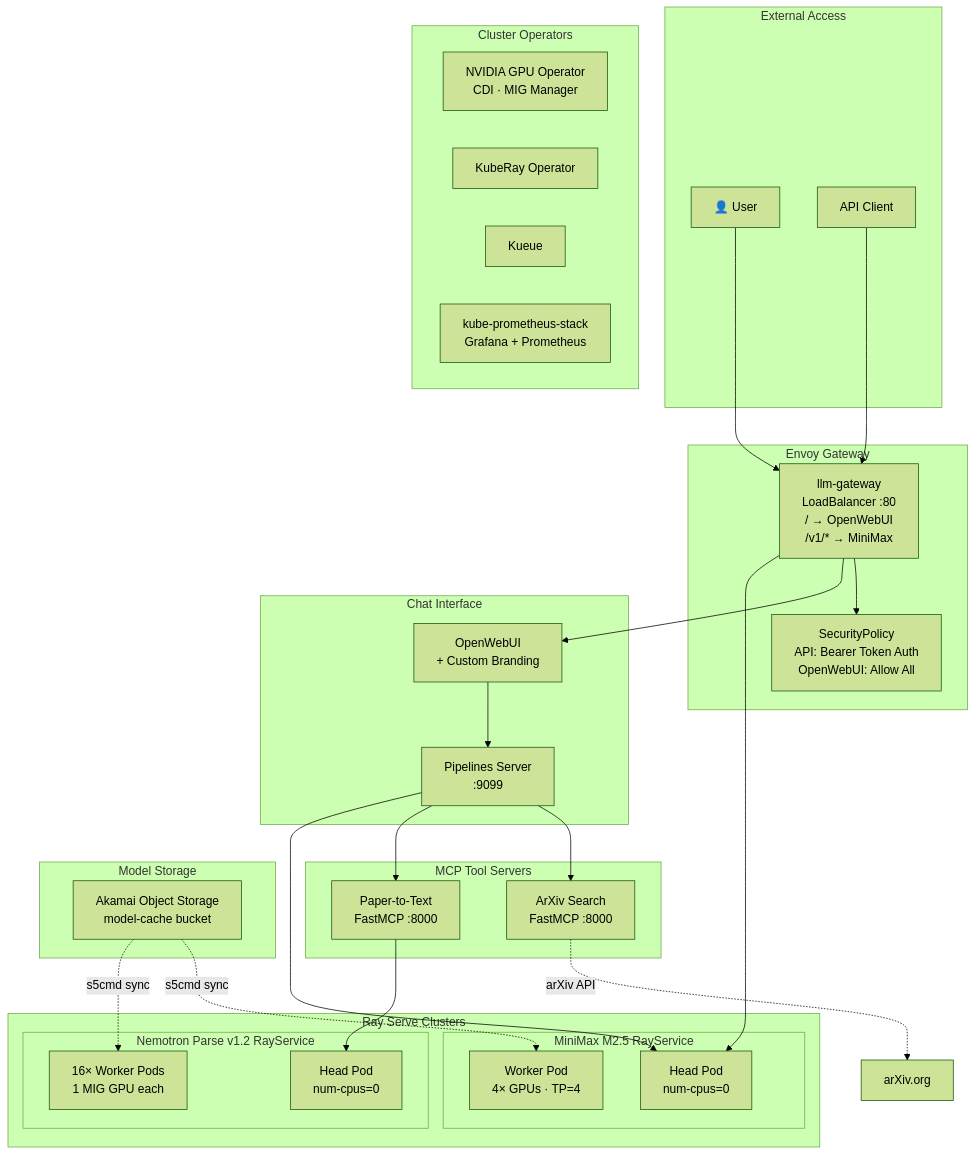
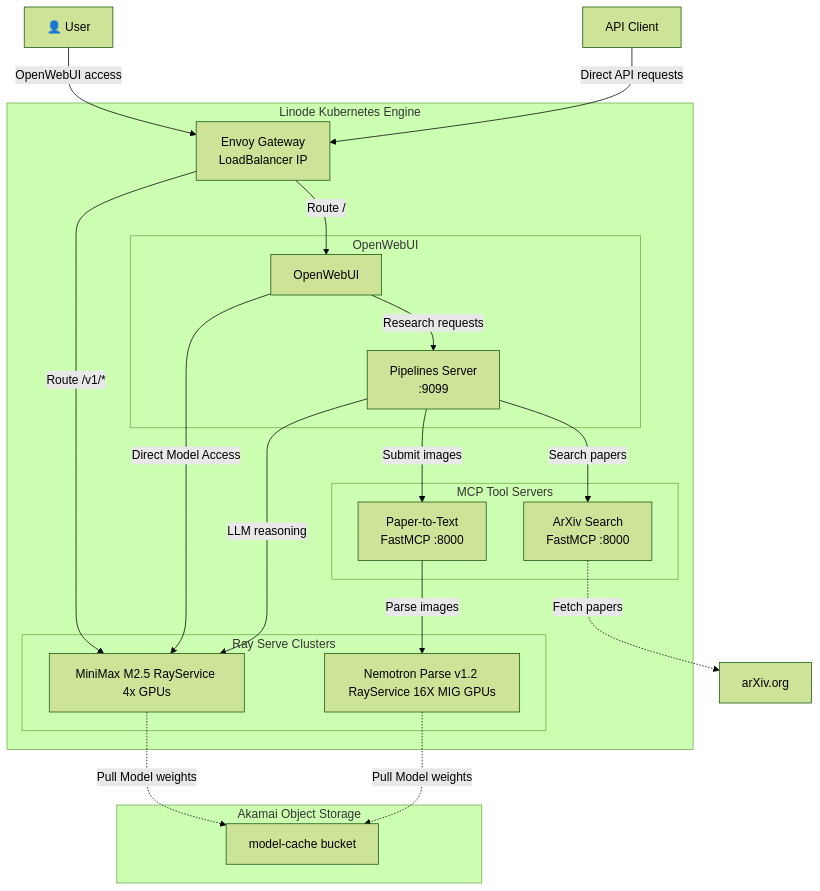
Before and after one commit to akamai-developers/multimodal-kuberay: the first of 3 diagrams in README.md, drawn with Mermaid (forest theme). The commit also changed other lines of this file, not shown here.

Commit message:
Refactor README for improved system overview

````diff
--- a/README.md
+++ b/README.md
@@ -36,58 +36,46 @@
 ```mermaid
+---
+config:
+  flowchart:
+---
 graph TB
-    subgraph External["External Access"]
-        User["👤 User"]
-        API["API Client"]
+    User["👤 User"]
+    API["API Client"]
+    subgraph KubernetesCluster["Linode Kubernetes Engine"]
+        GW["Envoy Gateway<br/>LoadBalancer IP"]
+        
+        subgraph OpenWebUI
+            WebUI["OpenWebUI"]
+            Pipelines["Pipelines Server<br/>:9099"]
+        end
+
+
+        subgraph MCPServers["MCP Tool Servers"]
+            ArXiv["ArXiv Search<br/>FastMCP :8000"]
+            PaperOCR["Paper-to-Text<br/>FastMCP :8000"]
+        end
+
+        subgraph Ray["Ray Serve Clusters"]
+            MinimaxService[MiniMax M2.5 RayService 4x GPUs]
+            NemotronService[Nemotron Parse v1.2 RayService 16X MIG GPUs]
+        end
+    end
+    
+    subgraph Storage["Akamai Object Storage"]
+        ObjStore["model-cache bucket"]
     end
 
-    subgraph Gateway["Envoy Gateway"]
-        GW["llm-gateway<br/>LoadBalancer :80<br/>/ → OpenWebUI<br/>/v1/* → MiniMax"]
-        Auth["SecurityPolicy<br/>API: Bearer Token Auth<br/>OpenWebUI: Allow All"]
-        GW --> Auth
-    end
-
-    subgraph UI["Chat Interface"]
-        WebUI["OpenWebUI<br/>+ Custom Branding"]
-        Pipelines["Pipelines Server<br/>:9099"]
-        WebUI --> Pipelines
-    end
-
-    subgraph MCP["MCP Tool Servers"]
-        ArXiv["ArXiv Search<br/>FastMCP :8000"]
-        PaperOCR["Paper-to-Text<br/>FastMCP :8000"]
-    end
-
-    subgraph Ray["Ray Serve Clusters"]
-        subgraph MiniMaxCluster["MiniMax M2.5 RayService"]
-            MMHead["Head Pod<br/>num-cpus=0"]
-            MMWorker["Worker Pod<br/>4× GPUs · TP=4"]
-        end
-        subgraph NemotronCluster["Nemotron Parse v1.2 RayService"]
-            NPHead["Head Pod<br/>num-cpus=0"]
-            NPWorkers["16× Worker Pods<br/>1 MIG GPU each"]
-        end
-    end
-
-    subgraph Operators["Cluster Operators"]
-        GPUOp["NVIDIA GPU Operator<br/>CDI · MIG Manager"]
-        KubeRay["KubeRay Operator"]
-        Kueue["Kueue"]
-        Prom["kube-prometheus-stack<br/>Grafana + Prometheus"]
-    end
-
-    subgraph Storage["Model Storage"]
-        ObjStore["Akamai Object Storage<br/>model-cache bucket"]
-    end
-
-    User --> GW
-    API --> GW
-    GW --> WebUI
-    GW --> MMHead
-    Pipelines --> ArXiv
-    Pipelines --> PaperOCR
-    PaperOCR --> NPHead
-    Pipelines --> MMHead
-    ArXiv -.->|"arXiv API"| ExternalArXiv["arXiv.org"]
-    ObjStore -.->|"s5cmd sync"| MMWorker
-    ObjStore -.->|"s5cmd sync"| NPWorkers
+    User -->|OpenWebUI access| GW
+    API -->|Direct API requests| GW
+    WebUI -->|Research requests| Pipelines
+    GW -->|Route /v1/*| MinimaxService
+    WebUI -->|Direct Model Access| MinimaxService
+    GW -->|Route /| WebUI
+    Pipelines -->|Search papers| ArXiv
+    Pipelines -->|Submit images| PaperOCR
+    PaperOCR -->|Parse images| NemotronService
+    Pipelines -->|LLM reasoning| MinimaxService
+    ArXiv -.->|Fetch papers| ExternalArXiv["arXiv.org"]
+    MinimaxService -.->|Pull Model weights| ObjStore
+    NemotronService -.->|Pull Model weights| ObjStore
 ```
````
